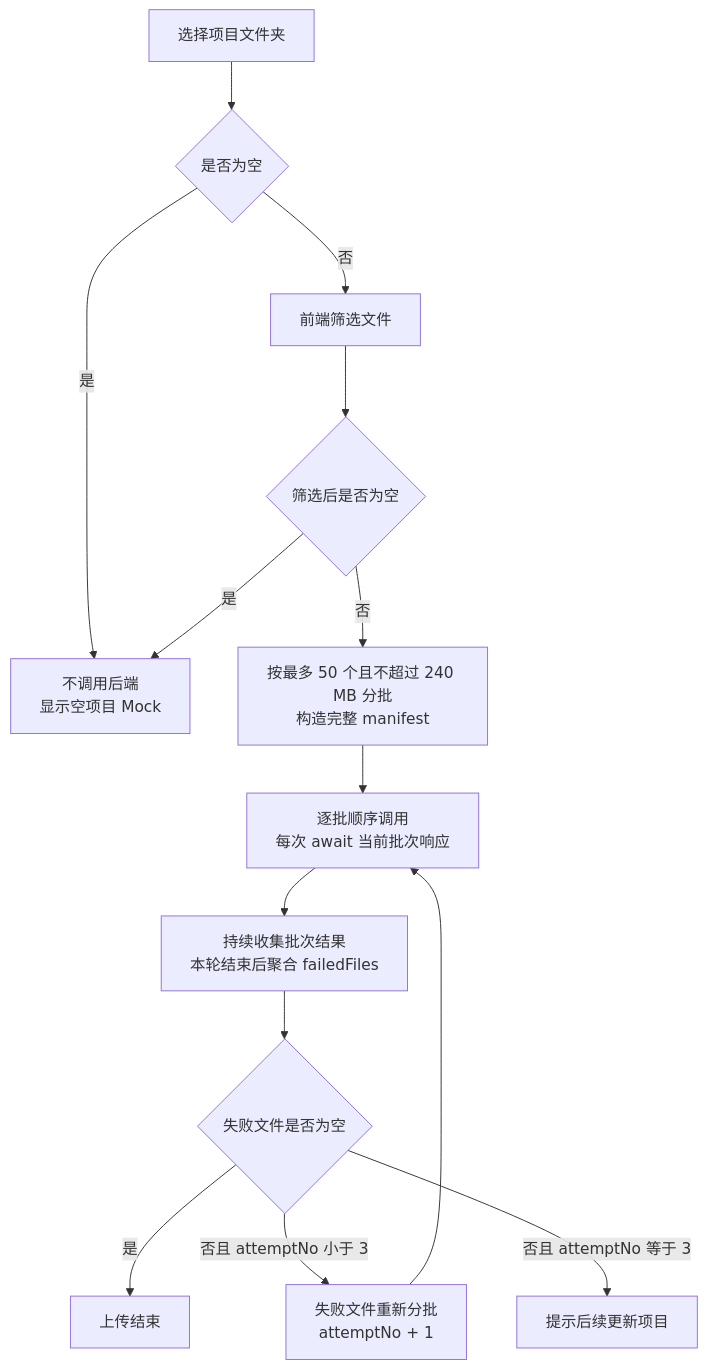
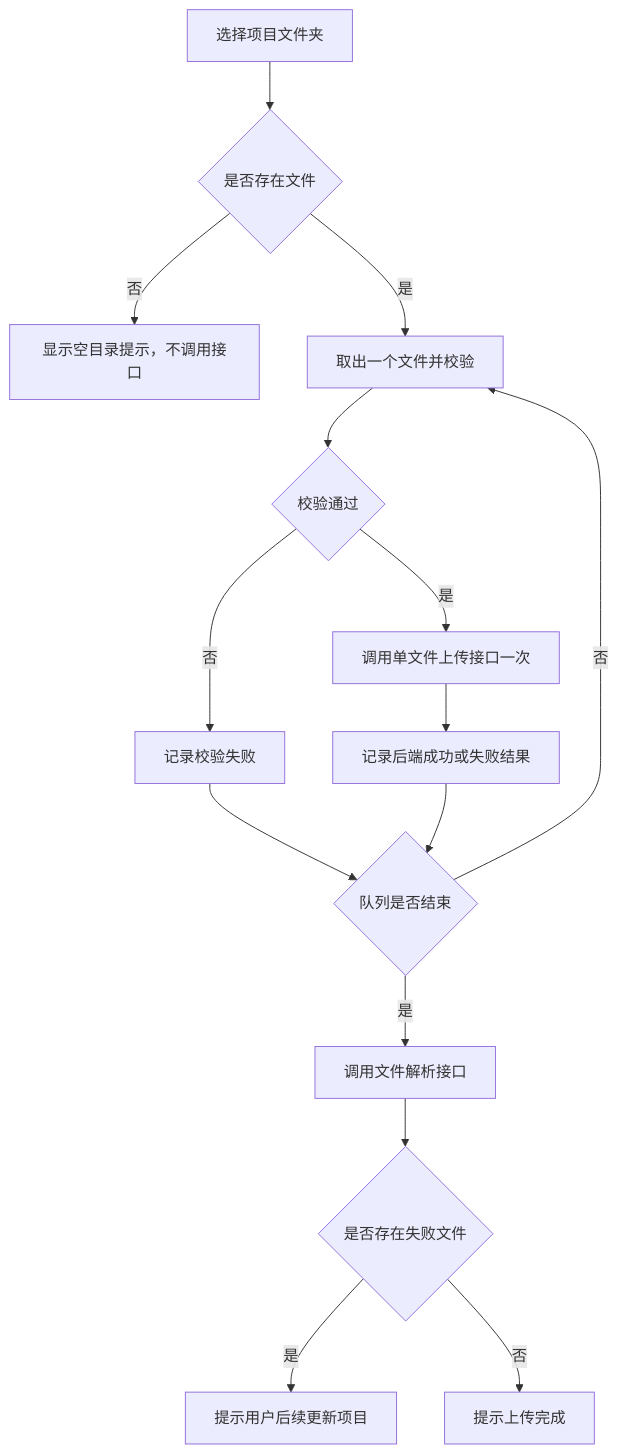
One commit to ningningsenpai/PM-AGENT changed the first of 2 diagrams in docs/18-项目文件可靠上传模块设计.md. Above: the diagram before and after it, drawn with Mermaid. The commit also changed other lines of this file and 80 other files, not shown here.

````diff
--- a/docs/18-项目文件可靠上传模块设计.md
+++ b/docs/18-项目文件可靠上传模块设计.md
@@ -206,16 +97,17 @@
-~~~mermaid
+```mermaid
 flowchart TD
-    A["选择项目文件夹"] --> B{"是否为空"}
-    B -->|是| C["不调用后端<br/>显示空项目 Mock"]
-    B -->|否| D["前端筛选文件"]
-    D --> E{"筛选后是否为空"}
-    E -->|是| C
-    E -->|否| F["按最多 50 个且不超过 240 MB 分批<br/>构造完整 manifest"]
-    F --> G["逐批顺序调用<br/>每次 await 当前批次响应"]
-    G --> H["持续收集批次结果<br/>本轮结束后聚合 failedFiles"]
-    H --> I{"失败文件是否为空"}
-    I -->|是| J["上传结束"]
-    I -->|否且 attemptNo 小于 3| K["失败文件重新分批<br/>attemptNo + 1"]
-    K --> G
-    I -->|否且 attemptNo 等于 3| L["提示后续更新项目"]
-~~~
+    A["选择项目文件夹"] --> B{"是否存在文件"}
+    B -->|否| C["显示空目录提示，不调用接口"]
+    B -->|是| D["取出一个文件并校验"]
+    D --> E{"校验通过"}
+    E -->|否| F["记录校验失败"]
+    E -->|是| G["调用单文件上传接口一次"]
+    G --> H["记录后端成功或失败结果"]
+    F --> I{"队列是否结束"}
+    H --> I
+    I -->|否| D
+    I -->|是| J["调用文件解析接口"]
+    J --> K{"是否存在失败文件"}
+    K -->|是| L["提示用户后续更新项目"]
+    K -->|否| M["提示上传完成"]
+```
````
